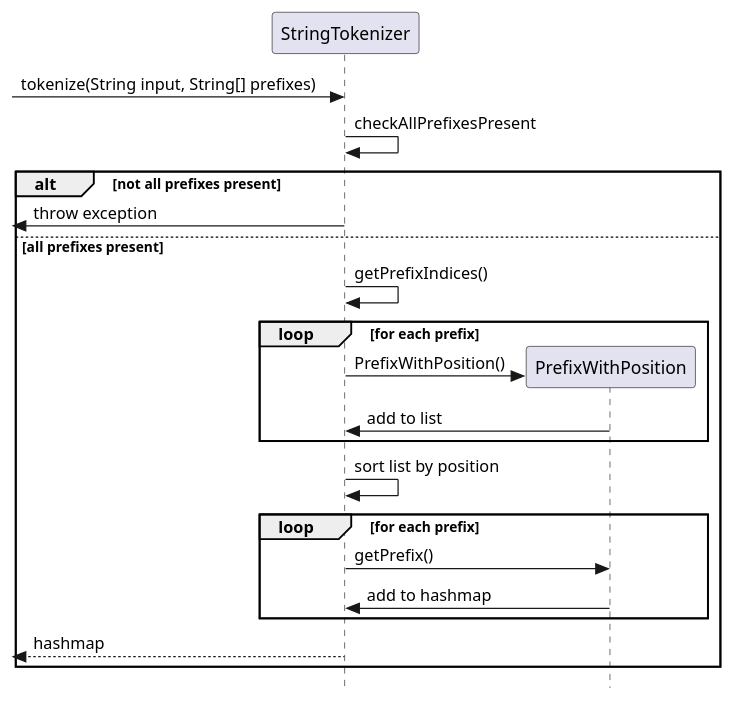
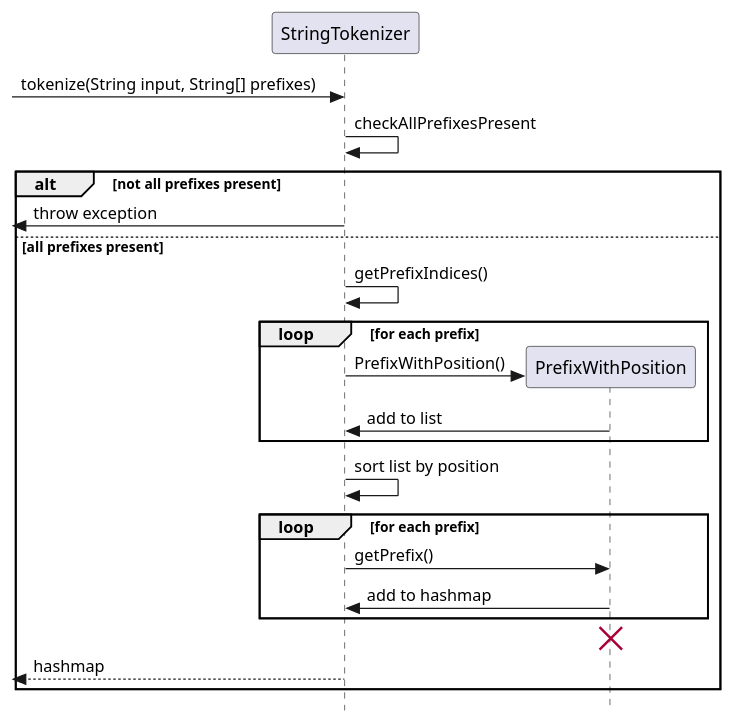
One commit to nus-cs2113-AY2324S1/tp changed the diagram in docs/uml/stringTokenizer.puml. Above: the diagram before and after it, drawn with PlantUML. The commit also changed 1 other file, not shown here.

Commit message:
Update DG with updated stringTokenizer UML diagram

```diff
--- a/docs/uml/stringTokenizer.puml
+++ b/docs/uml/stringTokenizer.puml
@@ -1,30 +1,31 @@
 @startuml
 
 skinparam Style strictuml
 
 [-> StringTokenizer: tokenize(String input, String[] prefixes)
 
 StringTokenizer -> StringTokenizer: checkAllPrefixesPresent
 
 alt not all prefixes present
     [<- StringTokenizer: throw exception
 else all prefixes present
 
     StringTokenizer -> StringTokenizer: getPrefixIndices()
         loop for each prefix
             create PrefixWithPosition
             StringTokenizer -> PrefixWithPosition: PrefixWithPosition()
             StringTokenizer <- PrefixWithPosition: add to list
         end
 
     StringTokenizer -> StringTokenizer: sort list by position
 
         loop for each prefix
             StringTokenizer -> PrefixWithPosition: getPrefix()
             StringTokenizer <- PrefixWithPosition: add to hashmap
         end
 
+    destroy PrefixWithPosition
     [<-- StringTokenizer: hashmap
 end
 
 @enduml
```
